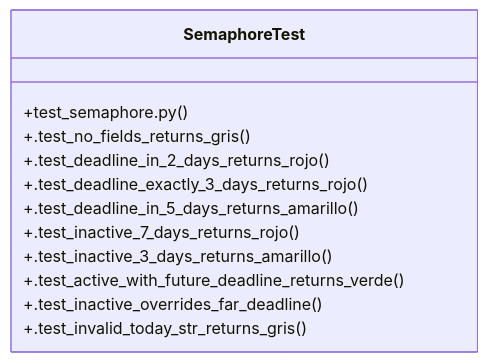
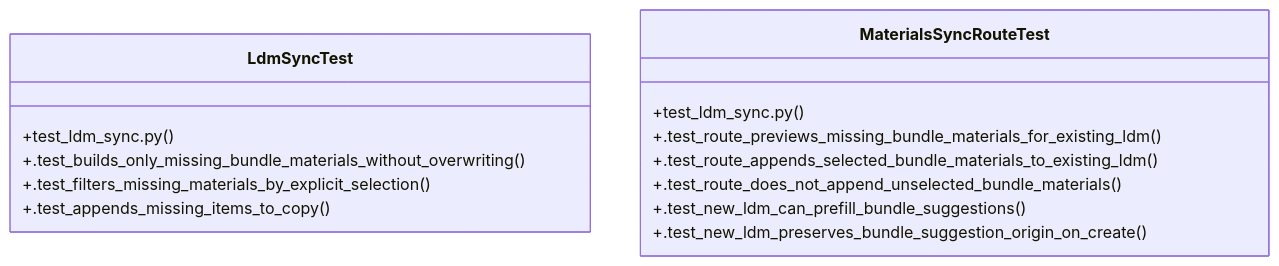
Before and after one commit to Daftrick/ProjectTracker: the diagram in graphify-out/wiki/Community_19.md, drawn with Mermaid. The commit also changed other lines of this file and 540 other files, not shown here.

````diff
--- a/graphify-out/wiki/Community_19.md
+++ b/graphify-out/wiki/Community_19.md
@@ -36,15 +35,17 @@
 ```mermaid
 classDiagram
-    class SemaphoreTest {
-        +test_semaphore.py()
-        +.test_no_fields_returns_gris()
-        +.test_deadline_in_2_days_returns_rojo()
-        +.test_deadline_exactly_3_days_returns_rojo()
-        +.test_deadline_in_5_days_returns_amarillo()
-        +.test_inactive_7_days_returns_rojo()
-        +.test_inactive_3_days_returns_amarillo()
-        +.test_active_with_future_deadline_returns_verde()
-        +.test_inactive_overrides_far_deadline()
-        +.test_invalid_today_str_returns_gris()
+    class LdmSyncTest {
+        +test_ldm_sync.py()
+        +.test_builds_only_missing_bundle_materials_without_overwriting()
+        +.test_filters_missing_materials_by_explicit_selection()
+        +.test_appends_missing_items_to_copy()
+    }
+    class MaterialsSyncRouteTest {
+        +test_ldm_sync.py()
+        +.test_route_previews_missing_bundle_materials_for_existing_ldm()
+        +.test_route_appends_selected_bundle_materials_to_existing_ldm()
+        +.test_route_does_not_append_unselected_bundle_materials()
+        +.test_new_ldm_can_prefill_bundle_suggestions()
+        +.test_new_ldm_preserves_bundle_suggestion_origin_on_create()
     }
 ```
````
